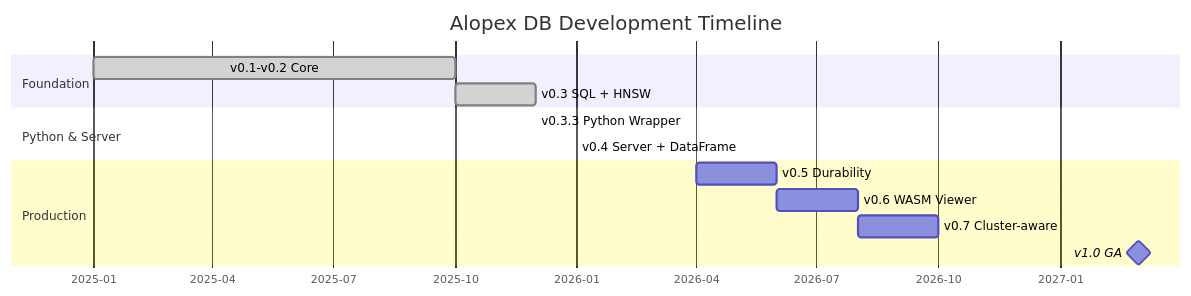
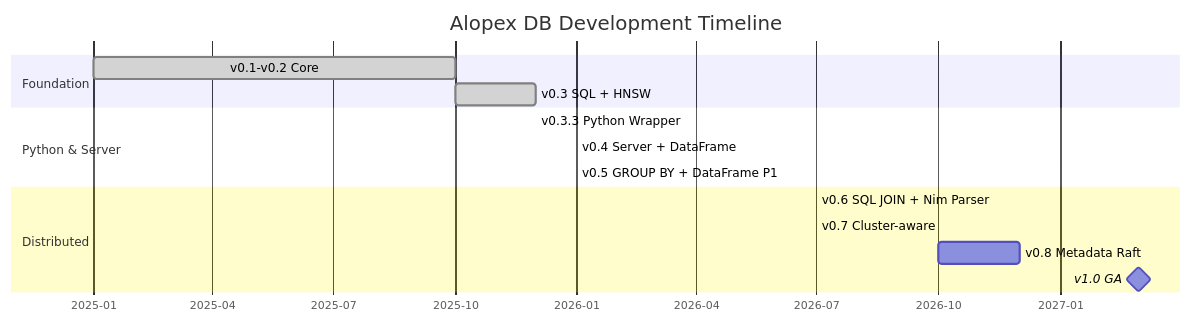
One commit to alopex-db/alopex-db.github.io changed the diagram in docs/index.md. Above: the diagram before and after it, drawn with Mermaid. The commit also changed other lines of this file and 8 other files, not shown here.

````diff
--- a/docs/index.md
+++ b/docs/index.md
@@ -209,20 +214,21 @@
 ```mermaid
 gantt
     title Alopex DB Development Timeline
     dateFormat  YYYY-MM
     axisFormat  %Y-%m
 
     section Foundation
     v0.1-v0.2 Core          :done, 2025-01, 2025-10
     v0.3 SQL + HNSW         :done, 2025-10, 2025-12
 
     section Python & Server
     v0.3.3 Python Wrapper   :done, 2025-12, 2025-12
     v0.4 Server + DataFrame :done, 2026-01, 2026-01
+    v0.5 GROUP BY + DataFrame P1 :done, 2026-01, 2026-01
 
-    section Production
-    v0.5 Durability         :2026-04, 2026-06
-    v0.6 WASM Viewer        :2026-06, 2026-08
-    v0.7 Cluster-aware      :2026-08, 2026-10
+    section Distributed
+    v0.6 SQL JOIN + Nim Parser :done, 2026-07, 2026-07
+    v0.7 Cluster-aware      :done, 2026-07, 2026-07
+    v0.8 Metadata Raft      :2026-10, 2026-12
     v1.0 GA                 :milestone, 2027-03, 0d
 ```
````
